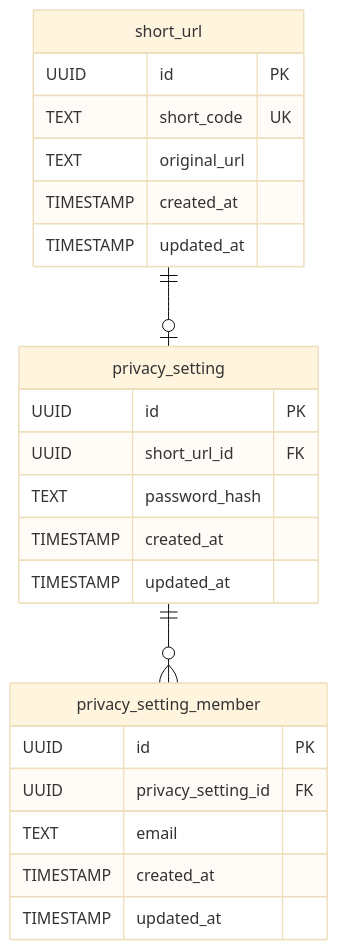
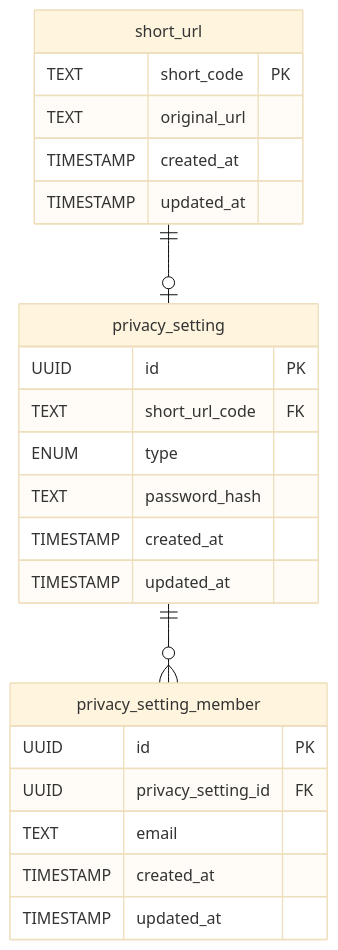
The fourth of 6 diagrams in README.md (mlizandier/url-shortener), drawn with Mermaid (base theme) before and after one commit. The commit also changed other lines of this file and 2 other files, not shown here.

````diff
--- a/README.md
+++ b/README.md
@@ -123,26 +123,26 @@
 ```mermaid
 erDiagram
     short_url ||--o| privacy_setting : ""
     privacy_setting ||--o{ privacy_setting_member : ""
     short_url {
-        UUID id PK
-        TEXT short_code UK
+        TEXT short_code PK
         TEXT original_url
         TIMESTAMP created_at
         TIMESTAMP updated_at
     }
     privacy_setting {
         UUID id PK
-        UUID short_url_id FK
+        TEXT short_url_code FK
+        ENUM type
         TEXT password_hash
         TIMESTAMP created_at
         TIMESTAMP updated_at
     }
     privacy_setting_member {
         UUID id PK
         UUID privacy_setting_id FK
         TEXT email
         TIMESTAMP created_at
         TIMESTAMP updated_at
     }
 ```
````
